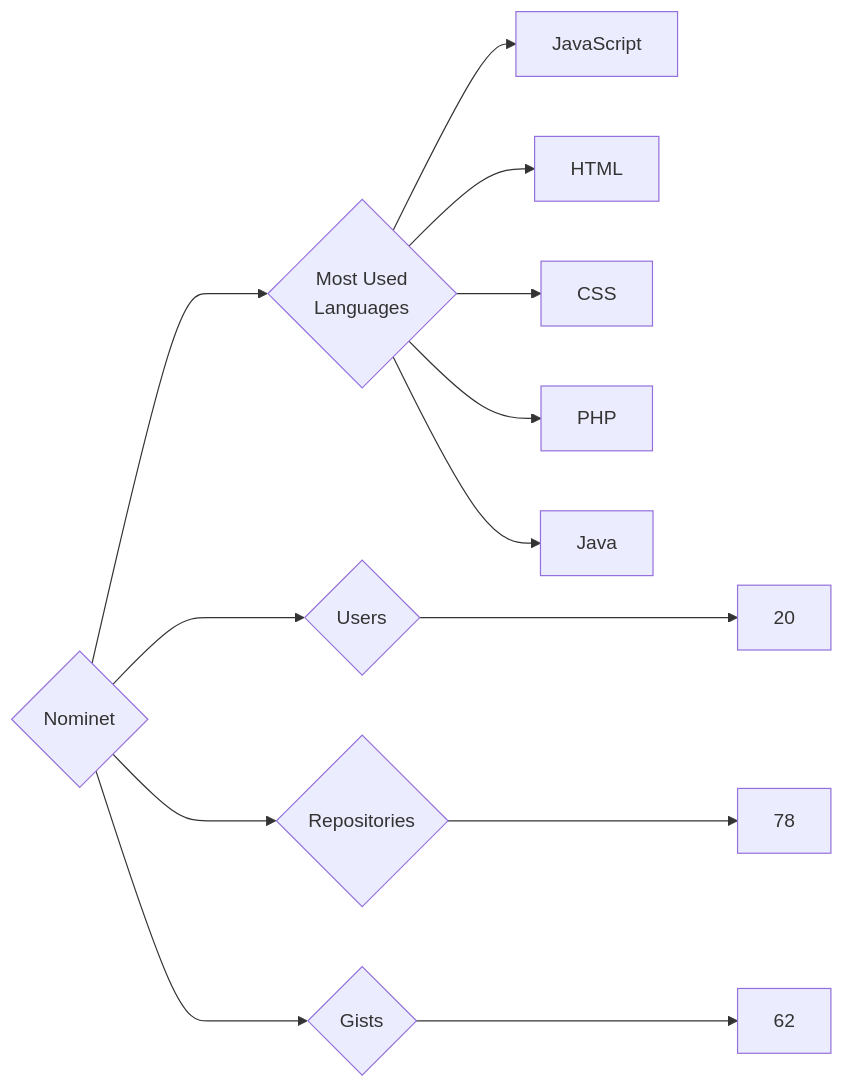
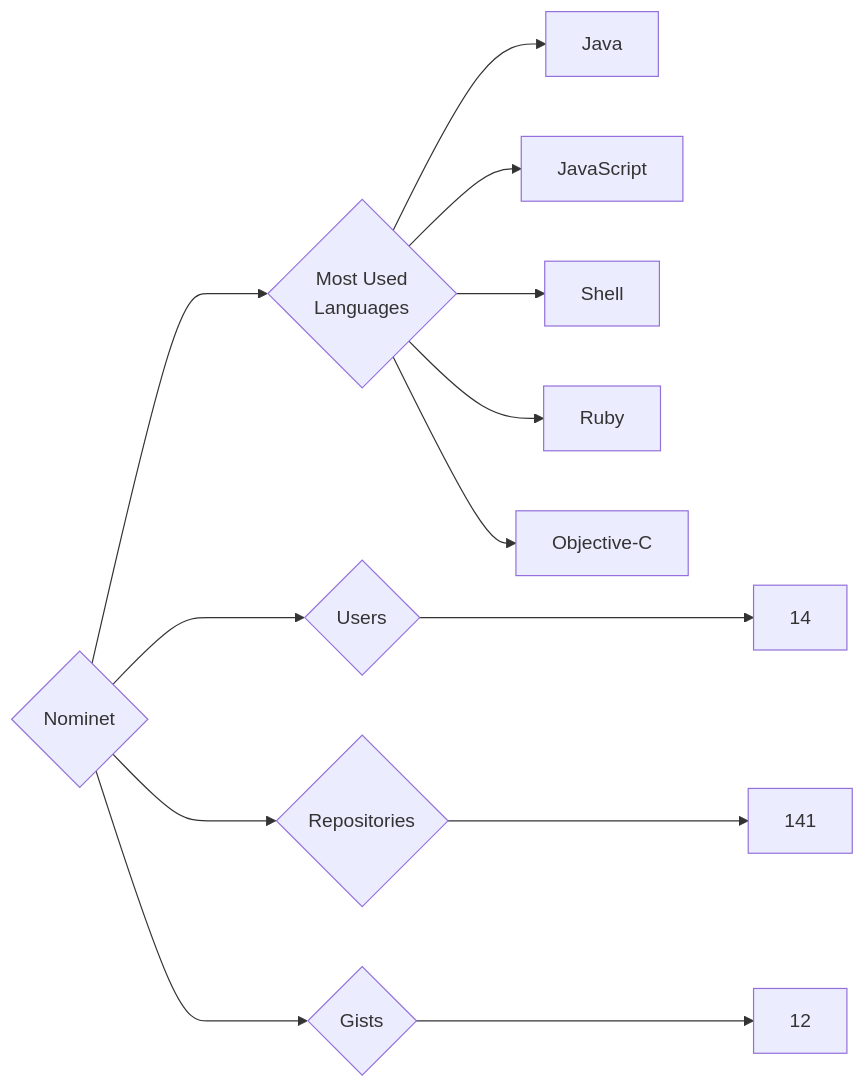
One commit to trickest/insiders changed the diagram in targets/Nominet/README.md. Above: the diagram before and after it, drawn with Mermaid. The commit also changed 973 other files, not shown here.

````diff
--- a/targets/Nominet/README.md
+++ b/targets/Nominet/README.md
@@ -3,13 +3,13 @@
 ```mermaid
 graph LR
 COMPANY_NAME{Nominet}
-COMPANY_NAME ---> U{Users} ---> UN[20]
-COMPANY_NAME ---> R{Repositories} ---> RN[78]
-COMPANY_NAME ---> G{Gists} ---> GN[62]
+COMPANY_NAME ---> U{Users} ---> UN[14]
+COMPANY_NAME ---> R{Repositories} ---> RN[141]
+COMPANY_NAME ---> G{Gists} ---> GN[12]
 COMPANY_NAME ---> ML{Most Used<br>Languages}
+ML --> Java[Java]
 ML --> JavaScript[JavaScript]
-ML --> HTML[HTML]
-ML --> CSS[CSS]
-ML --> PHP[PHP]
-ML --> Java[Java]
+ML --> Shell[Shell]
+ML --> Ruby[Ruby]
+ML --> Objective-C[Objective-C]
 ```
````
